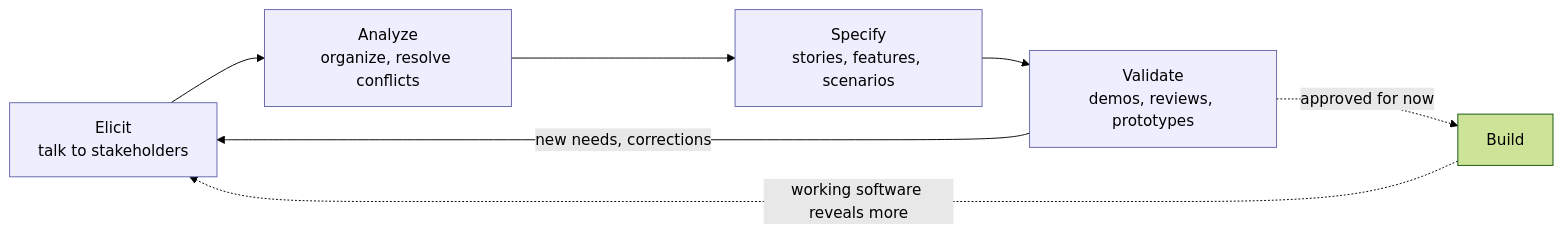
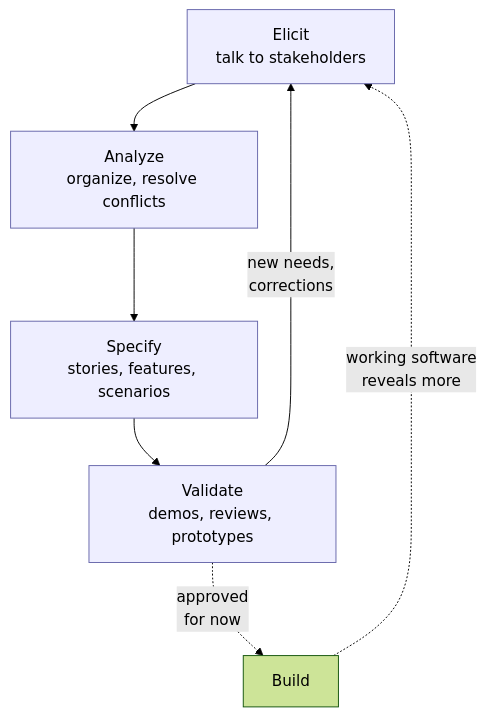
One commit to vrthra/open-swe-book changed the first of 6 diagrams in chapters/03-user-requirements/README.md. Above: the diagram before and after it, drawn with Mermaid (forest theme). The commit also changed other lines of this file and 23 other files, not shown here.

Commit message:
Update tab order and fixed diagrams

````diff
--- a/chapters/03-user-requirements/README.md
+++ b/chapters/03-user-requirements/README.md
@@ -48,11 +48,11 @@
 ```mermaid
-flowchart LR
+flowchart TD
     E[Elicit<br/>talk to stakeholders] --> A[Analyze<br/>organize, resolve conflicts]
     A --> S[Specify<br/>stories, features, scenarios]
     S --> V[Validate<br/>demos, reviews, prototypes]
-    V -->|new needs, corrections| E
-    V -.->|approved for now| B[Build]
-    B -.->|working software reveals more| E
+    V -->|new needs,<br/>corrections| E
+    V -.->|approved<br/>for now| B[Build]
+    B -.->|working software<br/>reveals more| E
     classDef c fill:#eef,stroke:#66a,color:#000;
     class E,A,S,V c;
 ```
````
